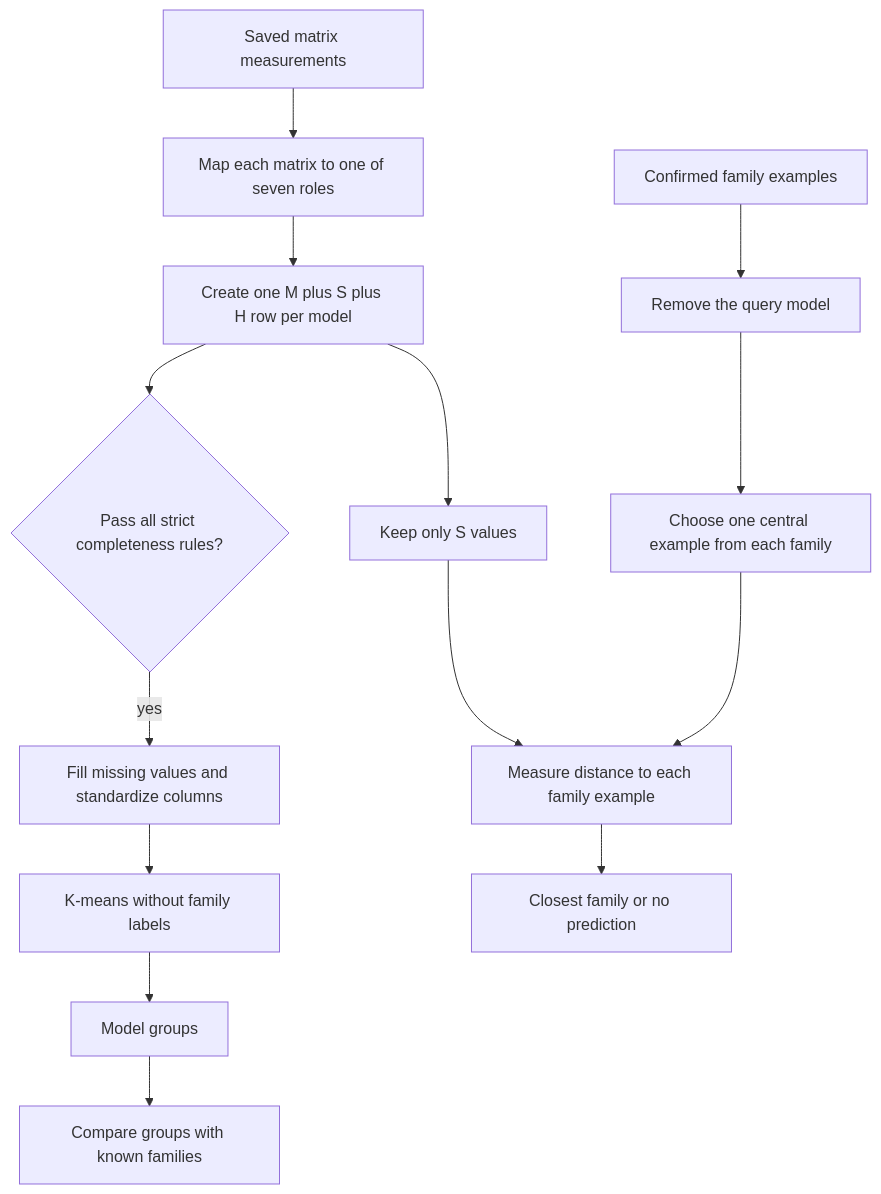
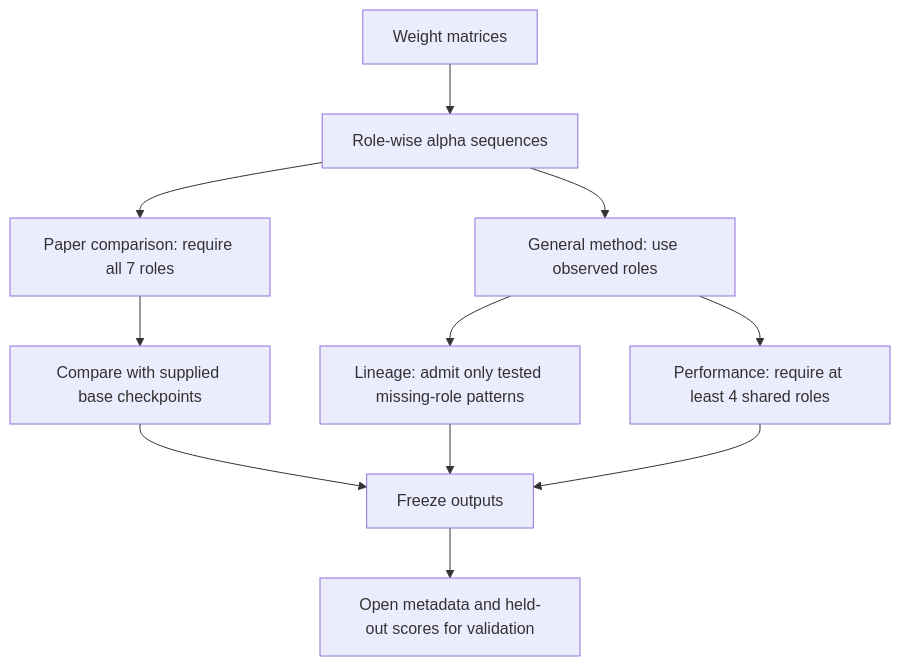
Before and after one commit to RpM-Kinshuk/Model-Research: the first of 4 diagrams in docs/HTSR_STUDY.md, drawn with Mermaid. The commit also changed other lines of this file and 70 other files, not shown here.

````diff
--- a/docs/HTSR_STUDY.md
+++ b/docs/HTSR_STUDY.md
@@ -112,17 +54,13 @@
 ```mermaid
-flowchart TD
-    A[Saved matrix measurements] --> B[Map each matrix to one of seven roles]
-    B --> C[Create one M plus S plus H row per model]
-    C --> D{Pass all strict completeness rules?}
-    D -- yes --> E[Fill missing values and standardize columns]
-    E --> F[K-means without family labels]
-    F --> G[Model groups]
-    G --> H[Compare groups with known families]
-
-    C --> I[Keep only S values]
-    J[Confirmed family examples] --> K[Remove the query model]
-    K --> L[Choose one central example from each family]
-    I --> M[Measure distance to each family example]
-    L --> M
-    M --> N[Closest family or no prediction]
+flowchart TB
+    W[Weight matrices] --> A[Role-wise alpha sequences]
+    A --> P[Paper comparison: require all 7 roles]
+    A --> G[General method: use observed roles]
+    P --> B[Compare with supplied base checkpoints]
+    G --> L[Lineage: admit only tested missing-role patterns]
+    G --> R[Performance: require at least 4 shared roles]
+    B --> F[Freeze outputs]
+    L --> F
+    R --> F
+    F --> V[Open metadata and held-out scores for validation]
 ```
````
